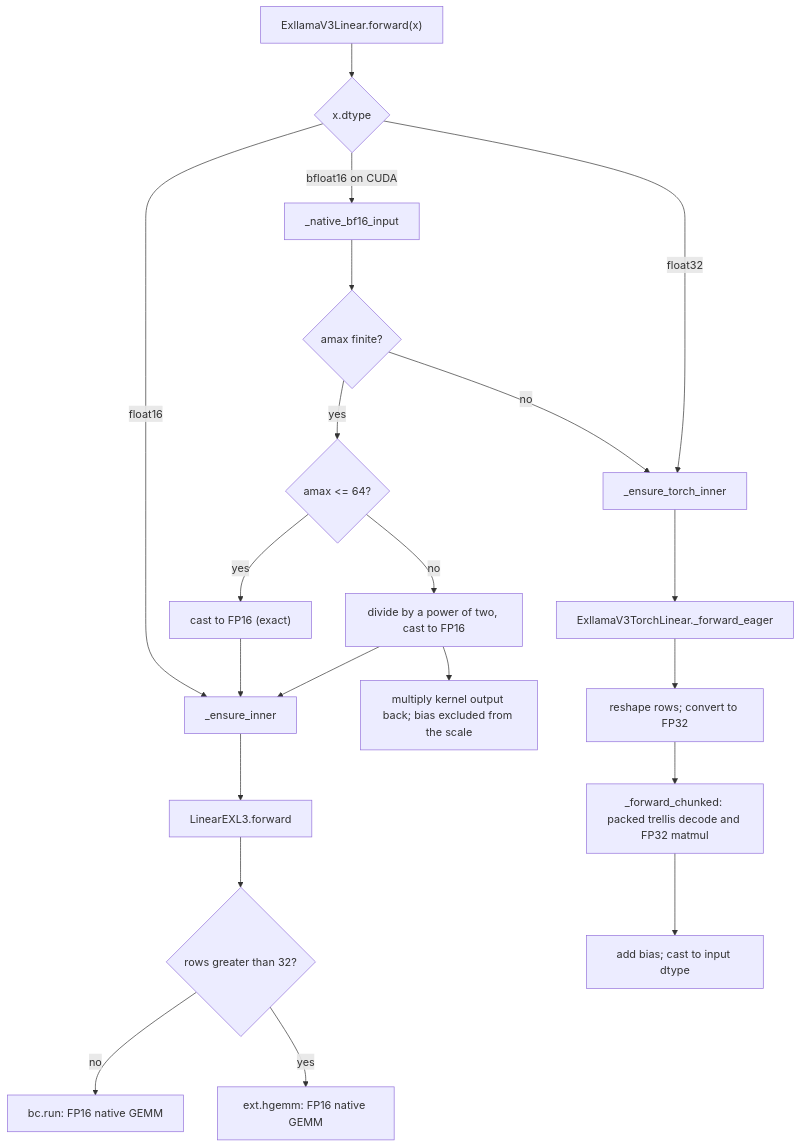
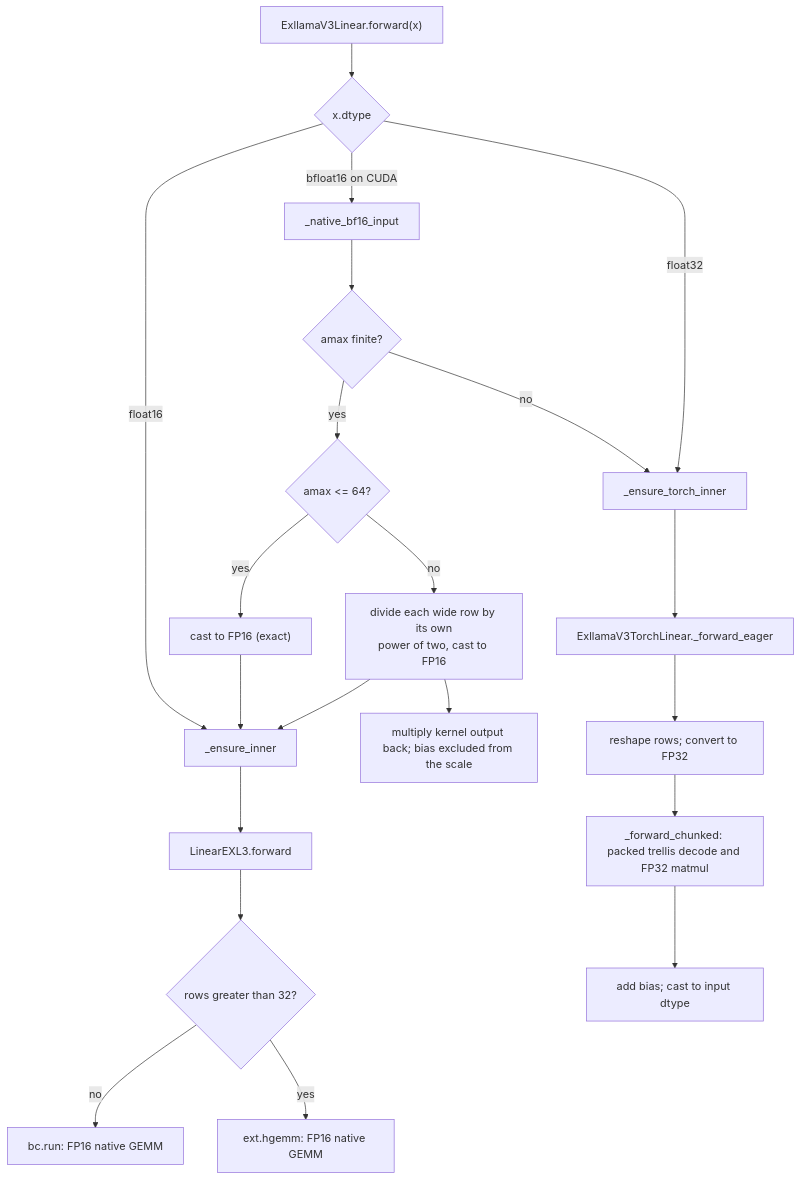
One commit to ModelCloud/GPTQModel changed the diagram in docs/exl3-wide-activation-dispatch.md. Above: the diagram before and after it, drawn with Mermaid. The commit also changed other lines of this file, not shown here.

First line of the commit message:
docs(exl3): describe the per-row BF16 pre-scale (#4870)

````diff
--- a/docs/exl3-wide-activation-dispatch.md
+++ b/docs/exl3-wide-activation-dispatch.md
@@ -13,23 +13,23 @@
 ```mermaid
 flowchart TD
     A["ExllamaV3Linear.forward(x)"] --> B{"x.dtype"}
     B -->|float16| C["_ensure_inner"]
     B -->|bfloat16 on CUDA| D["_native_bf16_input"]
     D --> E{"amax finite?"}
     E -->|no| H["_ensure_torch_inner"]
     E -->|yes| F{"amax <= 64?"}
     F -->|yes| G["cast to FP16 (exact)"]
-    F -->|no| P["divide by a power of two, cast to FP16"]
+    F -->|no| P["divide each wide row by its own<br/>power of two, cast to FP16"]
     G --> C
     P --> C
     C --> I["LinearEXL3.forward"]
     I --> J{"rows greater than 32?"}
     J -->|no| K["bc.run: FP16 native GEMM"]
     J -->|yes| L["ext.hgemm: FP16 native GEMM"]
     P --> Q["multiply kernel output back; bias excluded from the scale"]
     B -->|float32| H
     H --> M["ExllamaV3TorchLinear._forward_eager"]
     M --> N["reshape rows; convert to FP32"]
     N --> O["_forward_chunked: packed trellis decode and FP32 matmul"]
     O --> R["add bias; cast to input dtype"]
 ```
````
